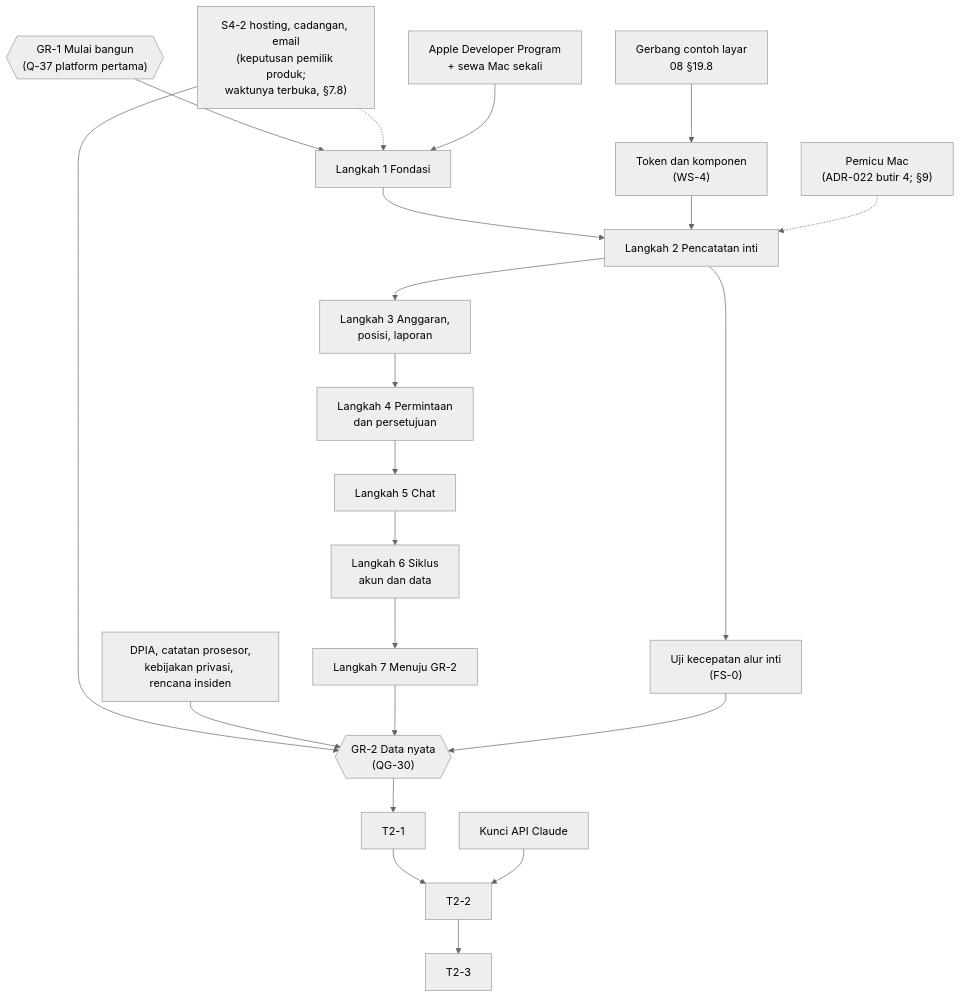
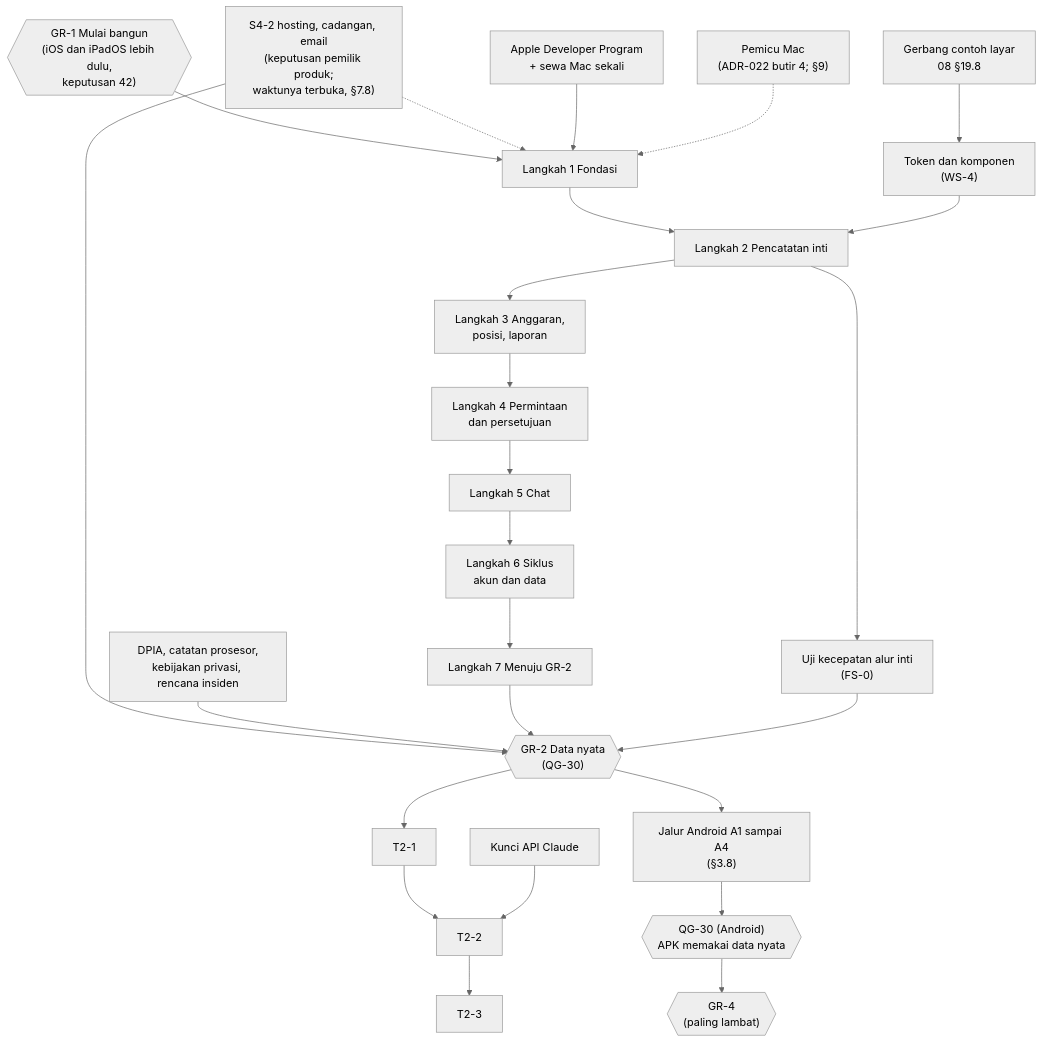
The diagram in docs/14-engineering-roadmap.md (abiyanzimran/casa), drawn with Mermaid (neutral theme) before and after one commit. The commit also changed other lines of this file and 22 other files, not shown here.

````diff
--- a/docs/14-engineering-roadmap.md
+++ b/docs/14-engineering-roadmap.md
@@ -184,22 +185,25 @@
 ```mermaid
 flowchart TB
-    GR1{{"GR-1 Mulai bangun<br/>(Q-37 platform pertama)"}} --> L1["Langkah 1 Fondasi"]
+    GR1{{"GR-1 Mulai bangun<br/>(iOS dan iPadOS lebih dulu,<br/>keputusan 42)"}} --> L1["Langkah 1 Fondasi"]
     S42["S4-2 hosting, cadangan, email<br/>(keputusan pemilik produk;<br/>waktunya terbuka, §7.8)"] -.-> L1
     S42 --> GR2
     APL["Apple Developer Program<br/>+ sewa Mac sekali"] --> L1
     GATE["Gerbang contoh layar<br/>08 §19.8"] --> TOK["Token dan komponen<br/>(WS-4)"]
     L1 --> L2["Langkah 2 Pencatatan inti"]
     TOK --> L2
     L2 --> FS0["Uji kecepatan alur inti<br/>(FS-0)"]
     L2 --> L3["Langkah 3 Anggaran,<br/>posisi, laporan"]
     L3 --> L4["Langkah 4 Permintaan<br/>dan persetujuan"]
     L4 --> L5["Langkah 5 Chat"]
     L5 --> L6["Langkah 6 Siklus<br/>akun dan data"]
     L6 --> L7["Langkah 7 Menuju GR-2"]
-    MAC["Pemicu Mac<br/>(ADR-022 butir 4; §9)"] -.-> L2
+    MAC["Pemicu Mac<br/>(ADR-022 butir 4; §9)"] -.-> L1
     DOC["DPIA, catatan prosesor,<br/>kebijakan privasi, rencana insiden"] --> GR2
     L7 --> GR2{{"GR-2 Data nyata<br/>(QG-30)"}}
     FS0 --> GR2
     GR2 --> W1["T2-1"] --> W2["T2-2"] --> W3["T2-3"]
     KEY["Kunci API Claude"] --> W2
+    GR2 --> AND["Jalur Android A1 sampai A4<br/>(§3.8)"]
+    AND --> QGA{{"QG-30 (Android)<br/>APK memakai data nyata"}}
+    QGA --> GR4{{"GR-4<br/>(paling lambat)"}}
 ```
````
